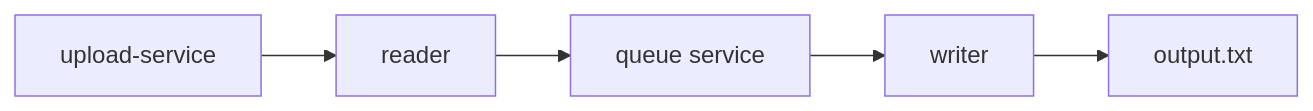
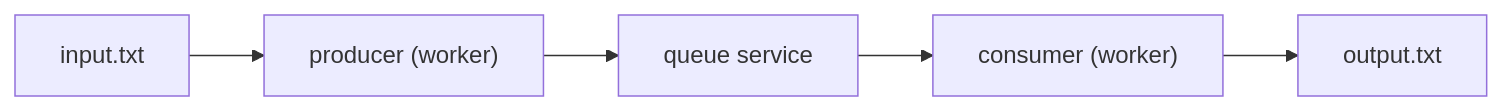
One commit to KlavdiiaKoval/kkv-code-test changed the diagram in README.md. Above: the diagram before and after it, drawn with Mermaid. The commit also changed other lines of this file and 11 other files, not shown here.

````diff
--- a/README.md
+++ b/README.md
@@ -12,4 +13,4 @@
 ```mermaid
 flowchart LR
-  upload-service["upload-service"] --> reader["reader"] --> queue["queue service"] --> writer["writer"] --> output["output.txt"]
+  in["input.txt"] --> prod["producer (worker)"] --> q["queue service"] --> cons["consumer (worker)"] --> out["output.txt"]
 ```
````
